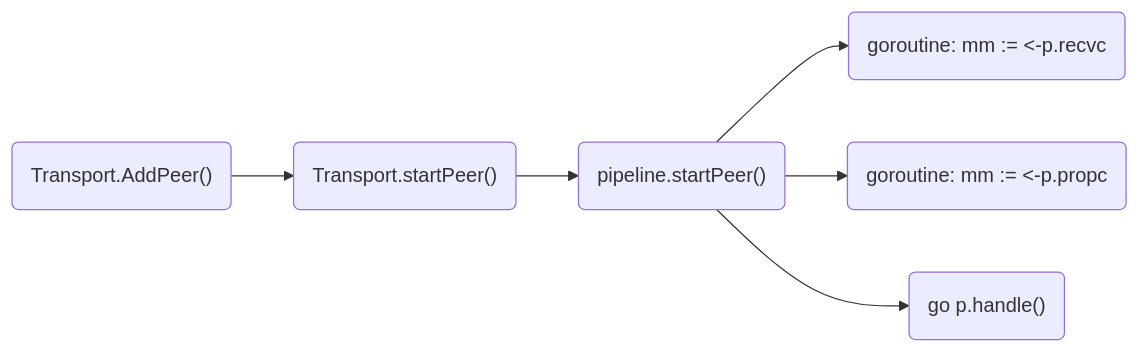
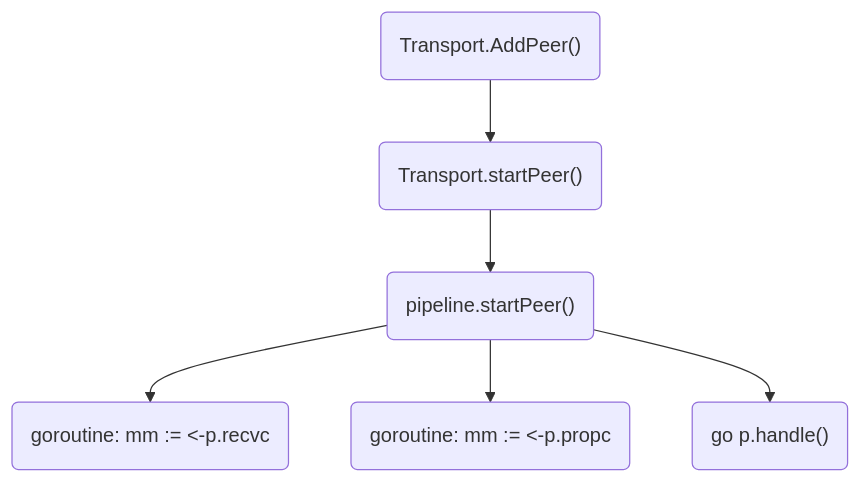
The second of 4 diagrams in Writerside/topics/etcd/etcd-raft.md (kangxiaoning/kangxiaoning.github.io), drawn with Mermaid before and after one commit. The commit also changed other lines of this file and 2 other files, not shown here.

````diff
--- a/Writerside/topics/etcd/etcd-raft.md
+++ b/Writerside/topics/etcd/etcd-raft.md
@@ -598,15 +606,15 @@
 ```mermaid
-flowchart LR
+flowchart TD
     A("Transport.AddPeer()")
     B("Transport.startPeer()")
     C("pipeline.startPeer()")
     D("go p.handle()")
     E("goroutine: mm := <-p.recvc")
     F("goroutine: mm := <-p.propc")
     
     A-->B
     B-->C
     C-->E
     C-->F
     C-->D
 ```
````
